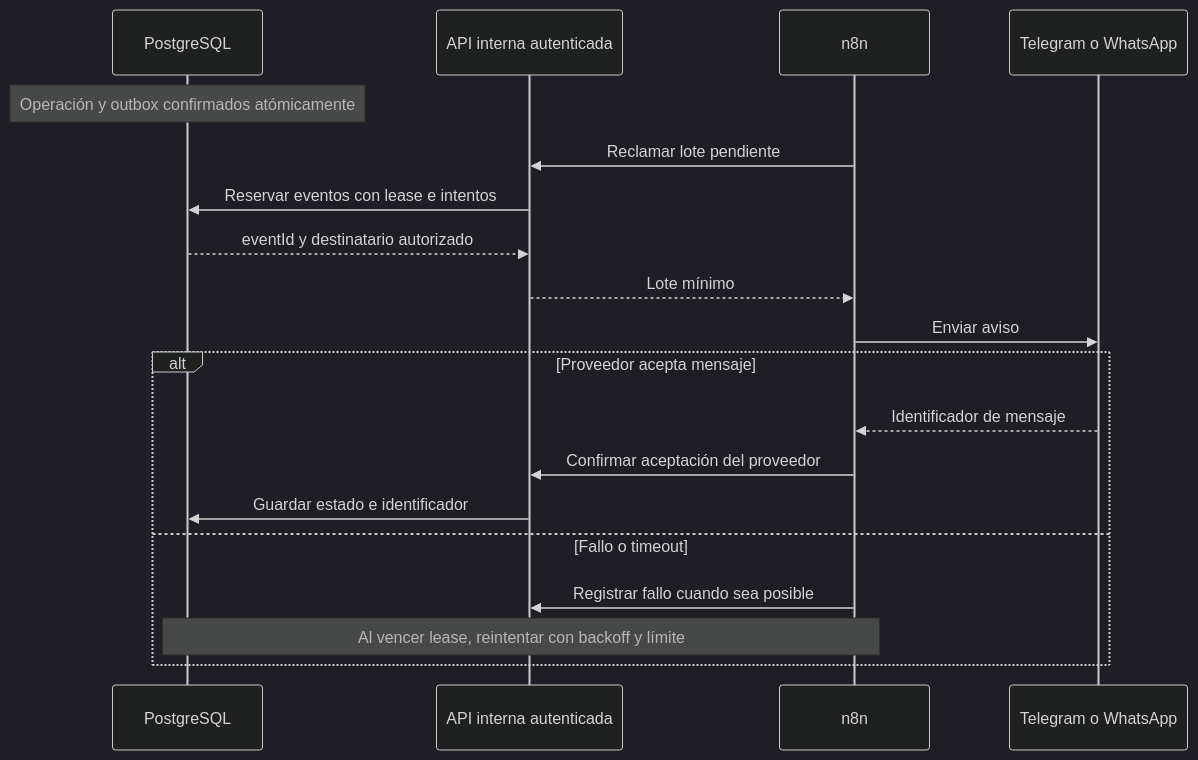
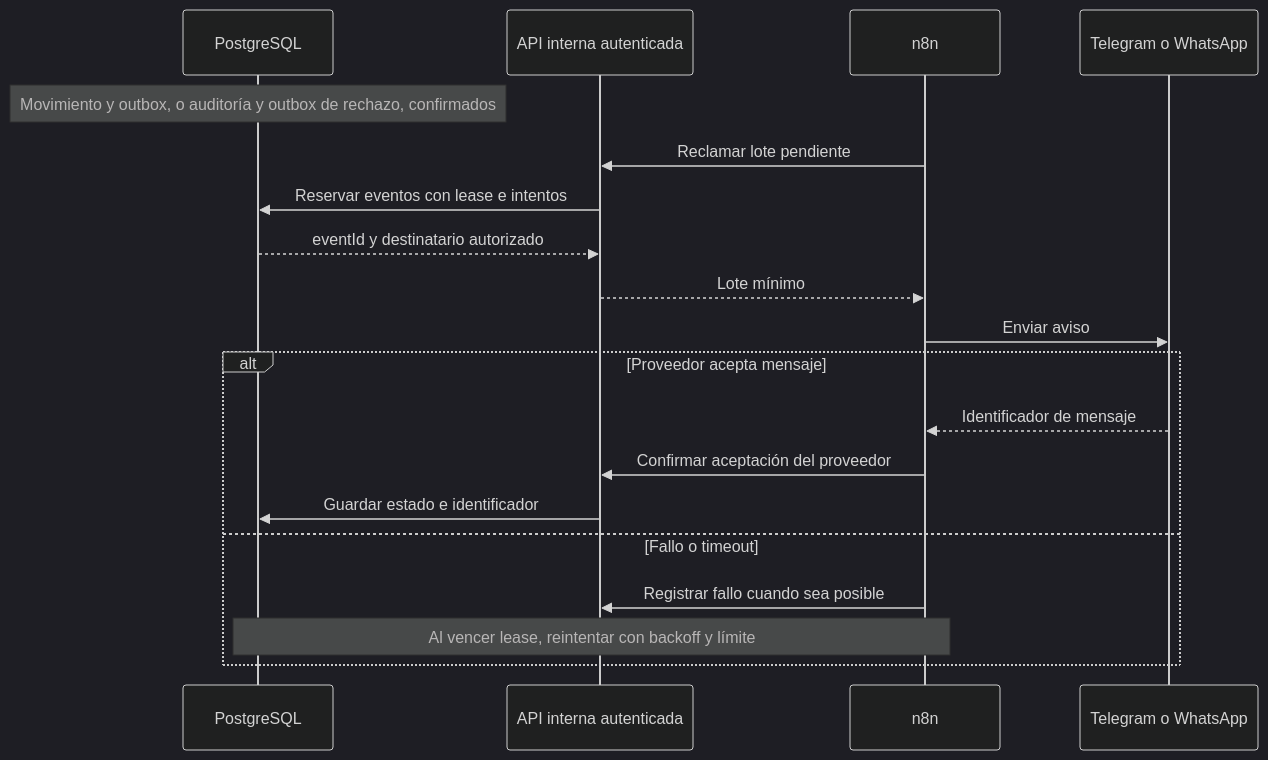
Before and after one commit to rslnt1270/NutriPey_Hackathon_CDMX_2026: the fifth of 5 diagrams in docs/03_flujos.md, drawn with Mermaid (dark theme). The commit also changed other lines of this file and 1 other file, not shown here.

Commit message:
docs(review): M5 distinguir transacción de rechazo y outbox

````diff
--- a/docs/03_flujos.md
+++ b/docs/03_flujos.md
@@ -196,21 +197,21 @@
 ```mermaid
 sequenceDiagram
     participant DB as PostgreSQL
     participant API as API interna autenticada
     participant N as n8n
     participant P as Telegram o WhatsApp
-    Note over DB: Operación y outbox confirmados atómicamente
+    Note over DB: Movimiento y outbox, o auditoría y outbox de rechazo, confirmados
     N->>API: Reclamar lote pendiente
     API->>DB: Reservar eventos con lease e intentos
     DB-->>API: eventId y destinatario autorizado
     API-->>N: Lote mínimo
     N->>P: Enviar aviso
     alt Proveedor acepta mensaje
         P-->>N: Identificador de mensaje
         N->>API: Confirmar aceptación del proveedor
         API->>DB: Guardar estado e identificador
     else Fallo o timeout
         N->>API: Registrar fallo cuando sea posible
         Note over DB,N: Al vencer lease, reintentar con backoff y límite
     end
 ```
````
